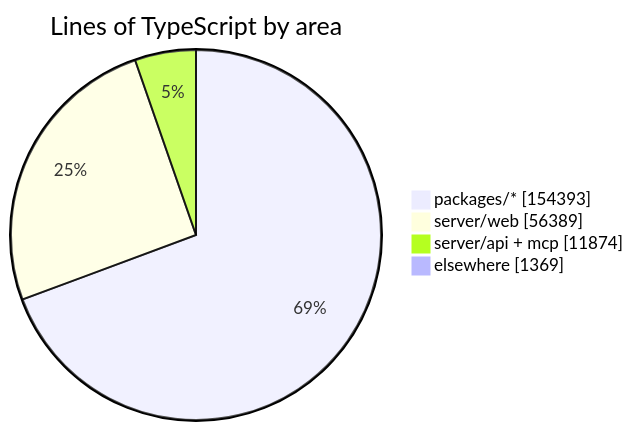
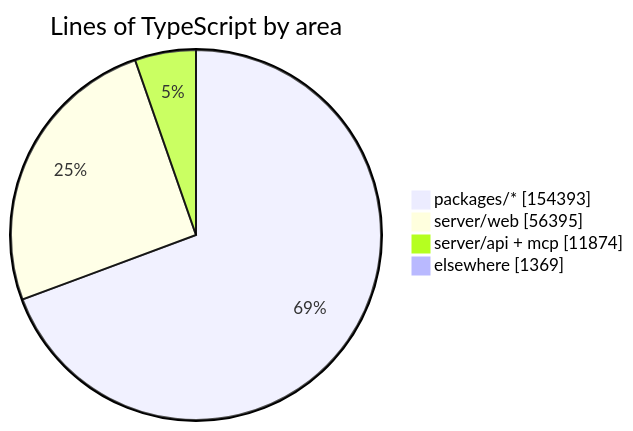
Before and after one commit to crossworks-engineering/mantle: the diagram in README.md, drawn with Mermaid. The commit also changed other lines of this file and 2 other files, not shown here.

````diff
--- a/README.md
+++ b/README.md
@@ -279,7 +279,7 @@
 ```mermaid
 pie showData title Lines of TypeScript by area
     "packages/*" : 154393
-    "server/web" : 56389
+    "server/web" : 56395
     "server/api + mcp" : 11874
     "elsewhere" : 1369
 ```
````
